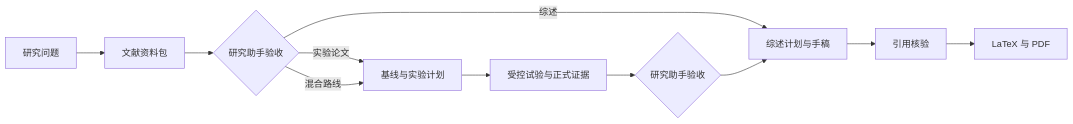
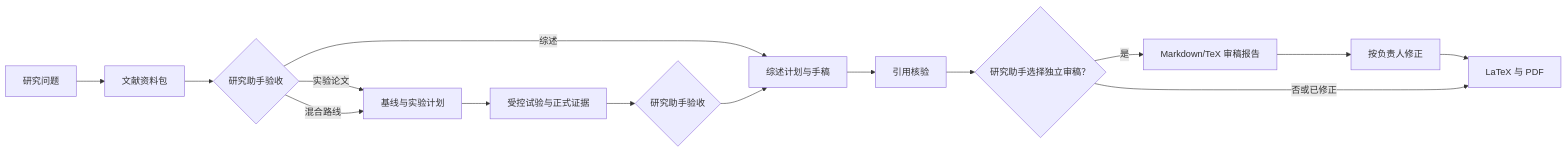
Before and after one commit to hdu-ailab/EasyResearch: the diagram in README_zh.md, drawn with Mermaid. The commit also changed other lines of this file and 135 other files, not shown here.

````diff
--- a/README_zh.md
+++ b/README_zh.md
@@ -132,13 +133,17 @@
 ```mermaid
 flowchart LR
     A[研究问题] --> B[文献资料包]
     B --> C{研究助手验收}
     C -->|综述| G[综述计划与手稿]
     C -->|实验论文| D[基线与实验计划]
     C -->|混合路线| D
     D --> E[受控试验与正式证据]
     E --> F{研究助手验收}
     F --> G
     G --> H[引用核验]
-    H --> I[LaTeX 与 PDF]
+    H --> R{研究助手选择独立审稿？}
+    R -->|是| V[Markdown/TeX 审稿报告]
+    V --> C2[按负责人修正]
+    C2 --> I
+    R -->|否或已修正| I[LaTeX 与 PDF]
 ```
````
